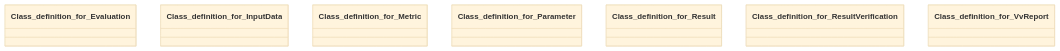
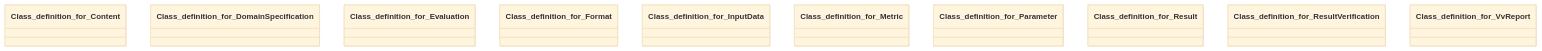
One commit to GAIA-X4PLC-AAD/ontology-management-base changed the diagram in artifacts/vv-report/PROPERTIES.md. Above: the diagram before and after it, drawn with Mermaid (base theme). The commit also changed other lines of this file and 95 other files, not shown here.

First line of the commit message:
feat(ontology): GX 25.11 wrapper architecture, domain compliance & ve… (#175)

````diff
--- a/artifacts/vv-report/PROPERTIES.md
+++ b/artifacts/vv-report/PROPERTIES.md
@@ -5,10 +5,13 @@
 ```mermaid
 classDiagram
+class Class_definition_for_Content
+class Class_definition_for_DomainSpecification
 class Class_definition_for_Evaluation
+class Class_definition_for_Format
 class Class_definition_for_InputData
 class Class_definition_for_Metric
 class Class_definition_for_Parameter
 class Class_definition_for_Result
 class Class_definition_for_ResultVerification
 class Class_definition_for_VvReport
 ```
````
